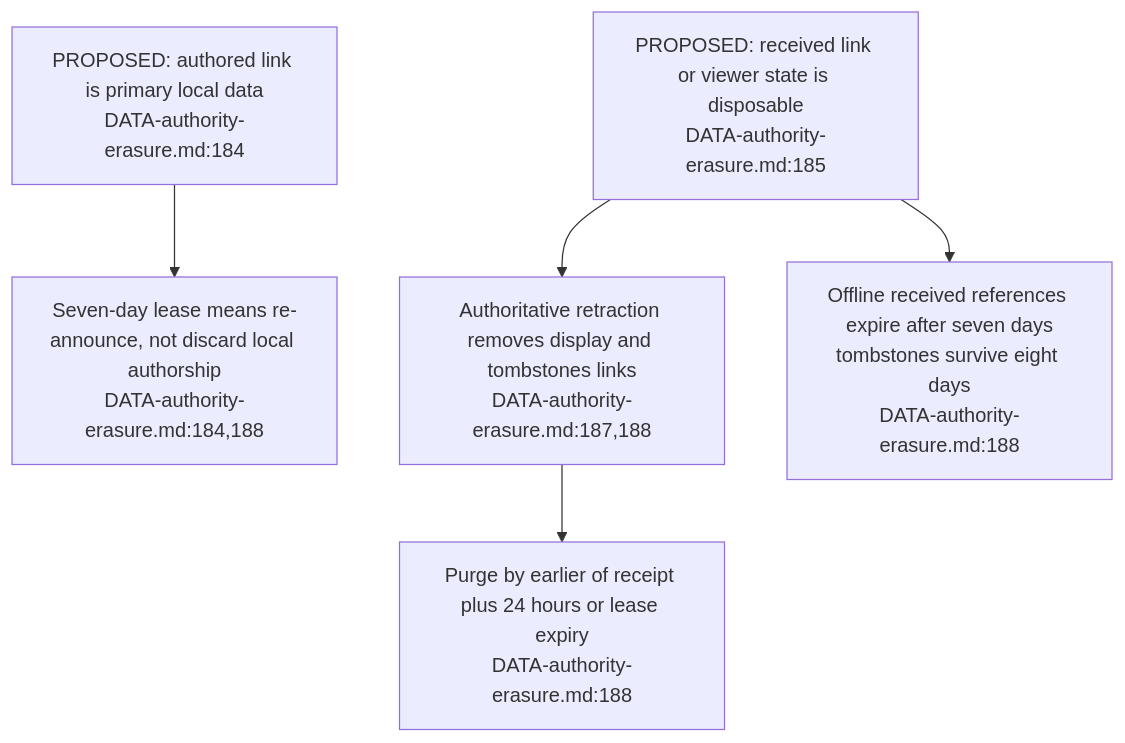
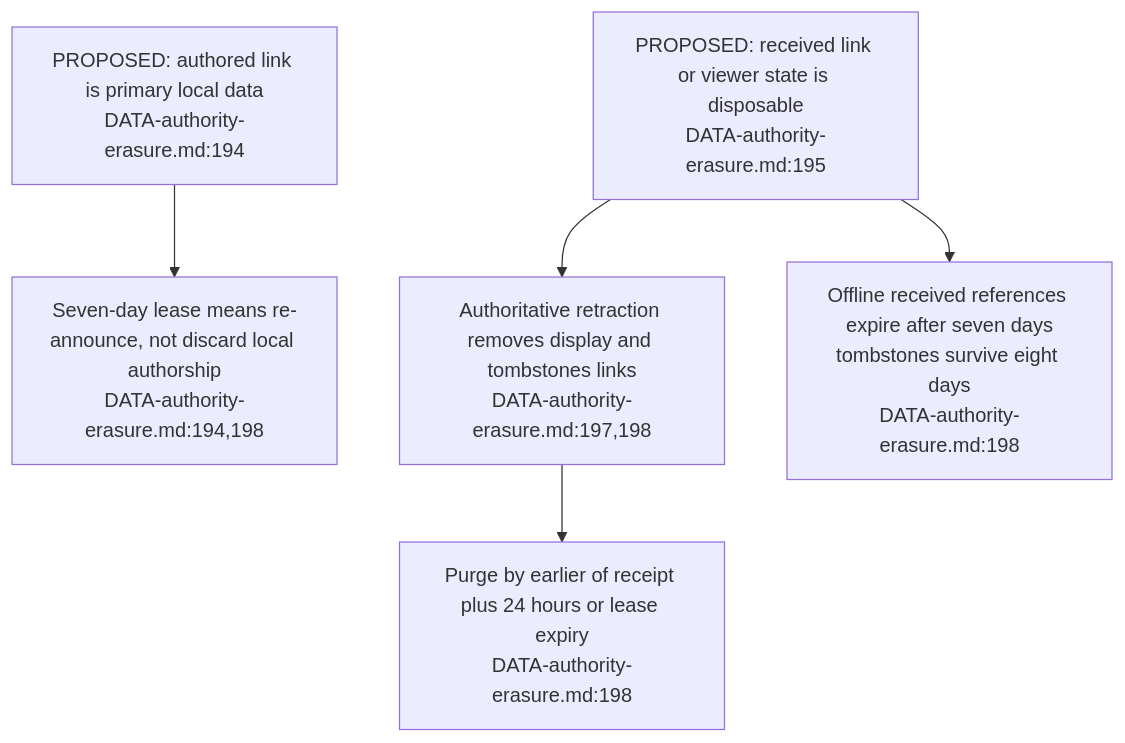
One commit to DreamLab-AI/VisionFlow changed the third of 3 diagrams in docs/diagrams/visionclaw/48-dataspace-federation-prerequisites.md. Above: the diagram before and after it, drawn with Mermaid. The commit also changed other lines of this file and 2 other files, not shown here.

Commit message:
docs(diagrams): visionclaw pass B at VisionClaw c6cc081 (PR #50)
Re-stamp VC-04, VC-35 and VC-48 at c6cc081d5: the DATA-authority-erasure and BASELINE/configuration citations PR #50 shifted, content re-checked at the pin. VC-01, VC-22, VC-24, VC-28 and VC-39 stay at 4900ec6: the defects PR #50 fixed sit in RESOLVED-ratchet panels (VC-22.11, VC-28.9, VC-24.13, VC-39.7, VC-01.2) that cannot be frozen.

````diff
--- a/docs/diagrams/visionclaw/48-dataspace-federation-prerequisites.md
+++ b/docs/diagrams/visionclaw/48-dataspace-federation-prerequisites.md
@@ -64,7 +64,7 @@
 ```mermaid
 flowchart TD
-    OWN["PROPOSED: authored link is primary local data<br/>DATA-authority-erasure.md:184"] --> RENEW["Seven-day lease means re-announce, not discard local authorship<br/>DATA-authority-erasure.md:184,188"]
-    FOREIGN["PROPOSED: received link or viewer state is disposable<br/>DATA-authority-erasure.md:185"] --> RETRACT["Authoritative retraction removes display and tombstones links<br/>DATA-authority-erasure.md:187,188"]
-    RETRACT --> PURGE["Purge by earlier of receipt plus 24 hours or lease expiry<br/>DATA-authority-erasure.md:188"]
-    FOREIGN --> EXPIRE["Offline received references expire after seven days<br/>tombstones survive eight days<br/>DATA-authority-erasure.md:188"]
+    OWN["PROPOSED: authored link is primary local data<br/>DATA-authority-erasure.md:194"] --> RENEW["Seven-day lease means re-announce, not discard local authorship<br/>DATA-authority-erasure.md:194,198"]
+    FOREIGN["PROPOSED: received link or viewer state is disposable<br/>DATA-authority-erasure.md:195"] --> RETRACT["Authoritative retraction removes display and tombstones links<br/>DATA-authority-erasure.md:197,198"]
+    RETRACT --> PURGE["Purge by earlier of receipt plus 24 hours or lease expiry<br/>DATA-authority-erasure.md:198"]
+    FOREIGN --> EXPIRE["Offline received references expire after seven days<br/>tombstones survive eight days<br/>DATA-authority-erasure.md:198"]
 ```
````
